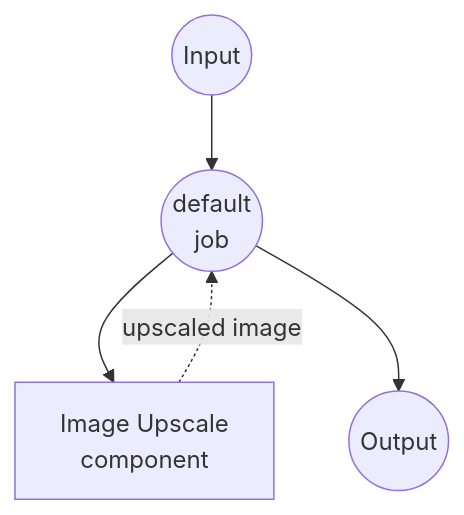
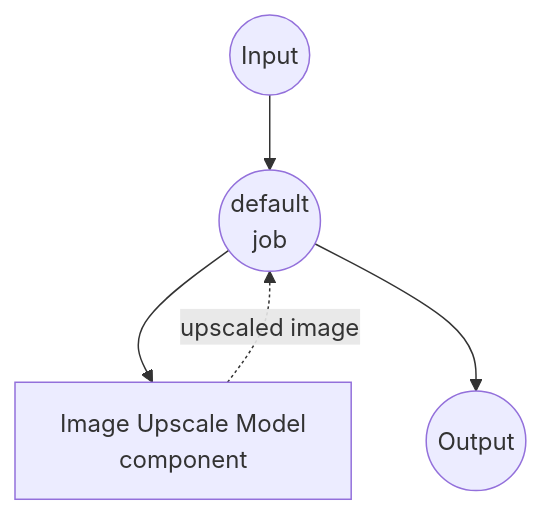
One commit to hanyeol/model-compose changed the diagram in examples/model-tasks/image-upscale/README.md. Above: the diagram before and after it, drawn with Mermaid. The commit also changed 21 other files, not shown here.

````diff
--- a/examples/model-tasks/image-upscale/README.md
+++ b/examples/model-tasks/image-upscale/README.md
@@ -110,16 +110,16 @@
 ```mermaid
 graph TD
     %% Default job (implicit)
     J1((default<br/>job))
 
     %% Component
-    C1[Image Upscale<br/>component]
+    C1[Image Upscale Model<br/>component]
 
     %% Job to component connections (solid: invokes, dotted: returns)
     J1 --> C1
     C1 -.-> |upscaled image| J1
 
     %% Input/Output
     Input((Input)) --> J1
     J1 --> Output((Output))
 ```
````
